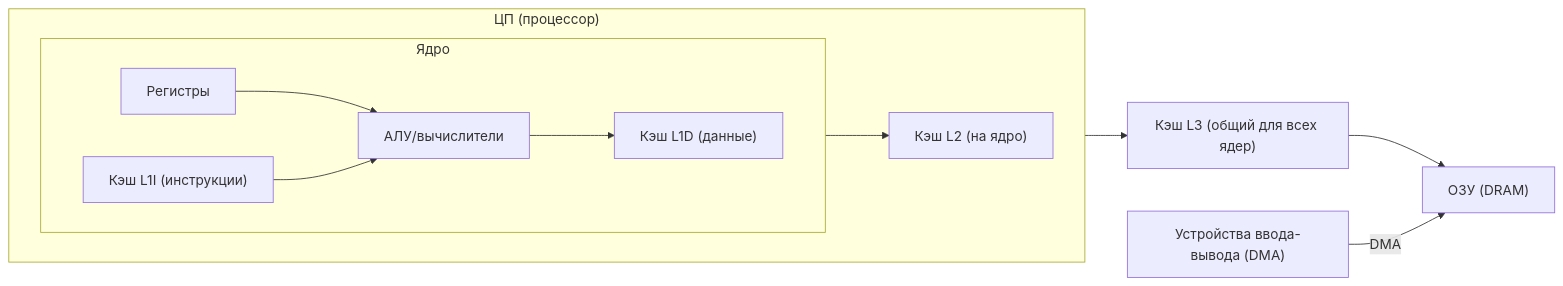
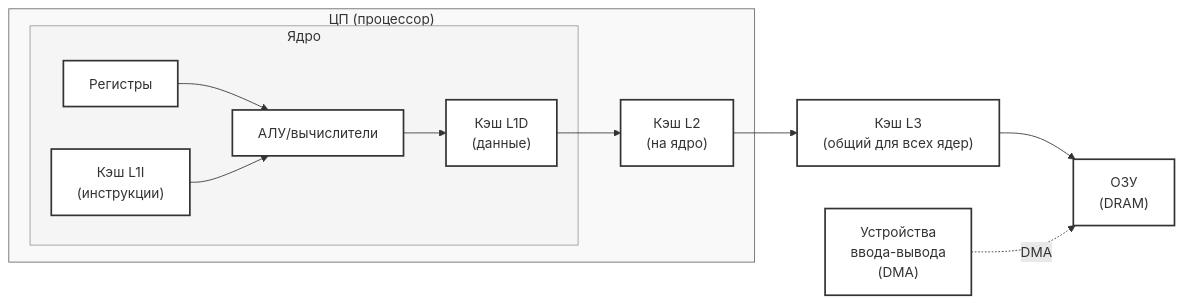
One commit to 4upokabra/asm_lec changed the first of 2 diagrams in лек1.md. Above: the diagram before and after it, drawn with Mermaid. The commit also changed other lines of this file, not shown here.

````diff
--- a/лек1.md
+++ b/лек1.md
@@ -17,24 +17,38 @@
 ```mermaid
-flowchart LR
-  subgraph CPU["ЦП (процессор)"]
-    direction LR
-    subgraph Core1["Ядро"]
-      direction LR
-      REG["Регистры"]
-      ALU["АЛУ/вычислители"]
-      L1i["Кэш L1I (инструкции)"]
-      L1d["Кэш L1D (данные)"]
-      REG-->ALU
-      L1i-->ALU
-      ALU-->L1d
+graph LR
+    %% Определение стилей
+    classDef default fill:#fff,stroke:#333,stroke-width:2px
+    classDef cpu fill:#f9f9f9,stroke:#666
+    classDef core fill:#f5f5f5,stroke:#999
+    
+    %% Процессор и ядро
+    subgraph CPU["ЦП (процессор)"]
+        subgraph Core["Ядро"]
+            REG["Регистры"]
+            ALU["АЛУ/вычислители"]
+            L1i["Кэш L1I<br/>(инструкции)"]
+            L1d["Кэш L1D<br/>(данные)"]
+            
+            %% Связи внутри ядра
+            REG --> ALU
+            L1i --> ALU
+            ALU --> L1d
+        end
+        L2["Кэш L2<br/>(на ядро)"]
     end
-    L2["Кэш L2 (на ядро)"]
-  end
-  L3["Кэш L3 (общий для всех ядер)"]
-  MEM["ОЗУ (DRAM)"]
-  IO["Устройства ввода-вывода (DMA)"]
-  L1d-->L2
-  L2-->L3
-  L3-->MEM
-  IO--"DMA"-->MEM
+    
+    %% Внешние компоненты
+    L3["Кэш L3<br/>(общий для всех ядер)"]
+    MEM["ОЗУ<br/>(DRAM)"]
+    IO["Устройства<br/>ввода-вывода<br/>(DMA)"]
+    
+    %% Связи между компонентами
+    L1d --> L2
+    L2 --> L3
+    L3 --> MEM
+    IO -. "DMA" .-> MEM
+    
+    %% Применение стилей
+    class CPU cpu
+    class Core core
 ```
````
